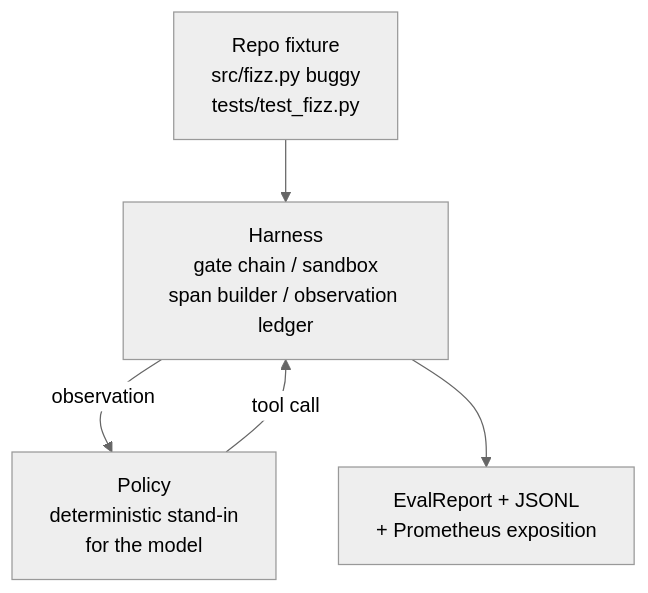
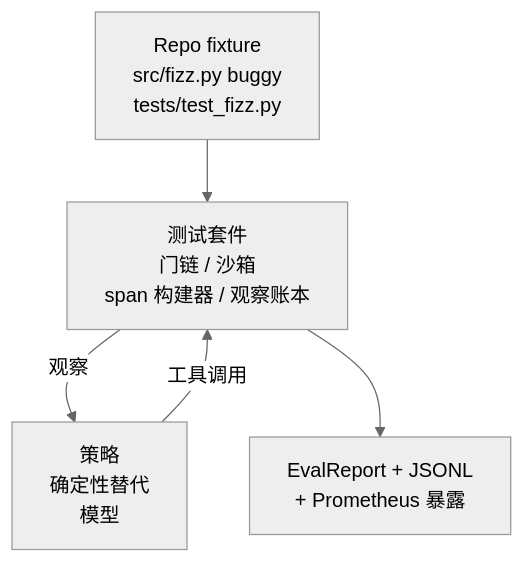
Before and after one commit to guangningsun/ailearning: the first of 2 diagrams in lessons/19-capstone-projects/29-end-to-end-coding-task-demo/docs/zh.md, drawn with Mermaid (neutral theme). The commit also changed other lines of this file and 85 other files, not shown here.

````diff
--- a/lessons/19-capstone-projects/29-end-to-end-coding-task-demo/docs/zh.md
+++ b/lessons/19-capstone-projects/29-end-to-end-coding-task-demo/docs/zh.md
@@ -28,7 +28,7 @@
 ```mermaid
 flowchart TD
   Repo[Repo fixture<br/>src/fizz.py buggy<br/>tests/test_fizz.py] --> Harness
-  Policy[Policy<br/>deterministic stand-in<br/>for the model] -->|tool call| Harness
-  Harness[Harness<br/>gate chain / sandbox<br/>span builder / observation ledger] -->|observation| Policy
-  Harness --> Out[EvalReport + JSONL<br/>+ Prometheus exposition]
+  Policy[策略<br/>确定性替代<br/>模型] -->|工具调用| Harness
+  Harness[测试套件<br/>门链 / 沙箱<br/>span 构建器 / 观察账本] -->|观察| Policy
+  Harness --> Out[EvalReport + JSONL<br/>+ Prometheus 暴露]
 ```
````
